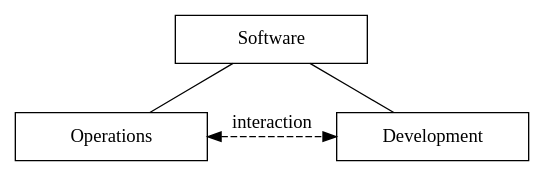
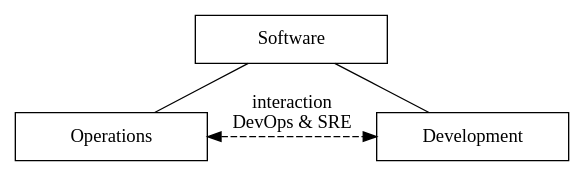
One commit to plone/plone_best_practices_discussion changed the diagram in docs/base_triangle.dot. Above: the diagram before and after it, drawn with Graphviz. The commit also changed 1 other file, not shown here.

```diff
--- a/docs/base_triangle.dot
+++ b/docs/base_triangle.dot
@@ -1,16 +1,16 @@
 graph it {
 
     node[shape=rounded
          width=2
          height=0.5
         ];
 
     sw  [label="Software"];
     op  [label="Operations"];
     dev [label="Development"];
 
     rank = same; op; dev;
 
     sw -- {op, dev};
-    op -- dev [label="interaction" dir=both style=dashed];
+    op -- dev [label="interaction\nDevOps & SRE" dir=both style=dashed];
 }
```
